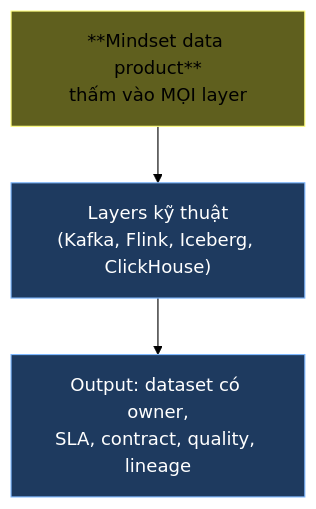
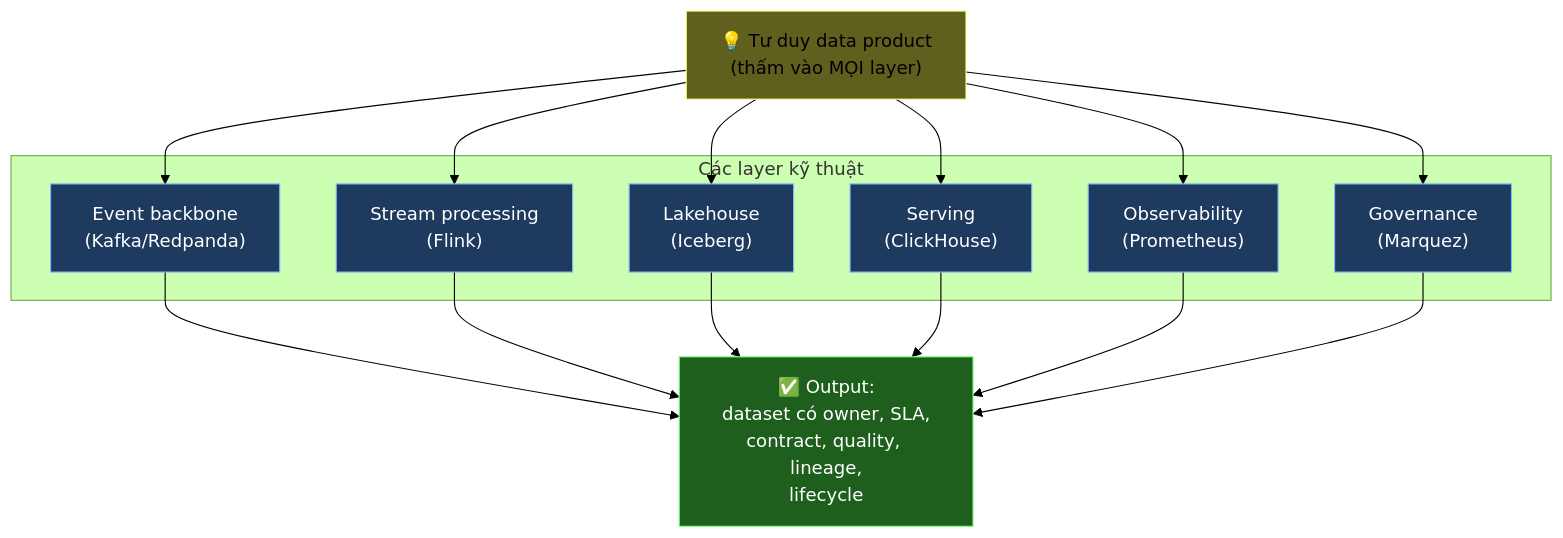
One commit to ankinguyen-engineer-2002/realtime-data-ai-platform-digital-twin changed the first of 4 diagrams in learning/00-mental-models/01-data-product-thinking.md. Above: the diagram before and after it, drawn with Mermaid (forest theme). The commit also changed other lines of this file and 2 other files, not shown here.

````diff
--- a/learning/00-mental-models/01-data-product-thinking.md
+++ b/learning/00-mental-models/01-data-product-thinking.md
@@ -44,12 +113,32 @@
 ```mermaid
 flowchart TB
-    classDef ddl fill:#1e3a5f,stroke:#7fb8ff,color:#fff
-    classDef ddp fill:#5f5f1e,stroke:#ffff7f,color:#000
+    classDef mind fill:#5f5f1e,stroke:#ffff7f,color:#000
+    classDef tool fill:#1e3a5f,stroke:#7fb8ff,color:#fff
+    classDef out fill:#1e5f1e,stroke:#7fff7f,color:#fff
 
-    L["Layers kỹ thuật<br/>(Kafka, Flink, Iceberg, ClickHouse)"]:::ddl
-    M["**Mindset data product**<br/>thấm vào MỌI layer"]:::ddp
-    O["Output: dataset có owner,<br/>SLA, contract, quality, lineage"]:::ddl
+    MIND["💡 Tư duy data product<br/>(thấm vào MỌI layer)"]:::mind
 
-    M --> L
-    L --> O
+    subgraph LAYERS["Các layer kỹ thuật"]
+        L1["Event backbone<br/>(Kafka/Redpanda)"]:::tool
+        L2["Stream processing<br/>(Flink)"]:::tool
+        L3["Lakehouse<br/>(Iceberg)"]:::tool
+        L4["Serving<br/>(ClickHouse)"]:::tool
+        L5["Observability<br/>(Prometheus)"]:::tool
+        L6["Governance<br/>(Marquez)"]:::tool
+    end
+
+    OUT["✅ Output:<br/>dataset có owner, SLA,<br/>contract, quality, lineage,<br/>lifecycle"]:::out
+
+    MIND --> L1
+    MIND --> L2
+    MIND --> L3
+    MIND --> L4
+    MIND --> L5
+    MIND --> L6
+    L1 --> OUT
+    L2 --> OUT
+    L3 --> OUT
+    L4 --> OUT
+    L5 --> OUT
+    L6 --> OUT
 ```
````
